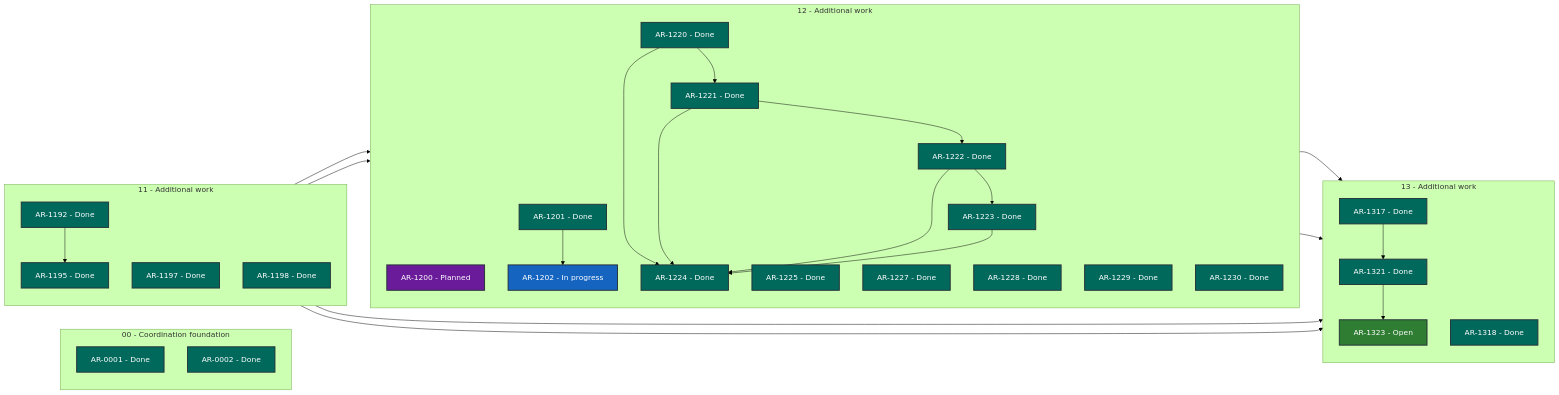
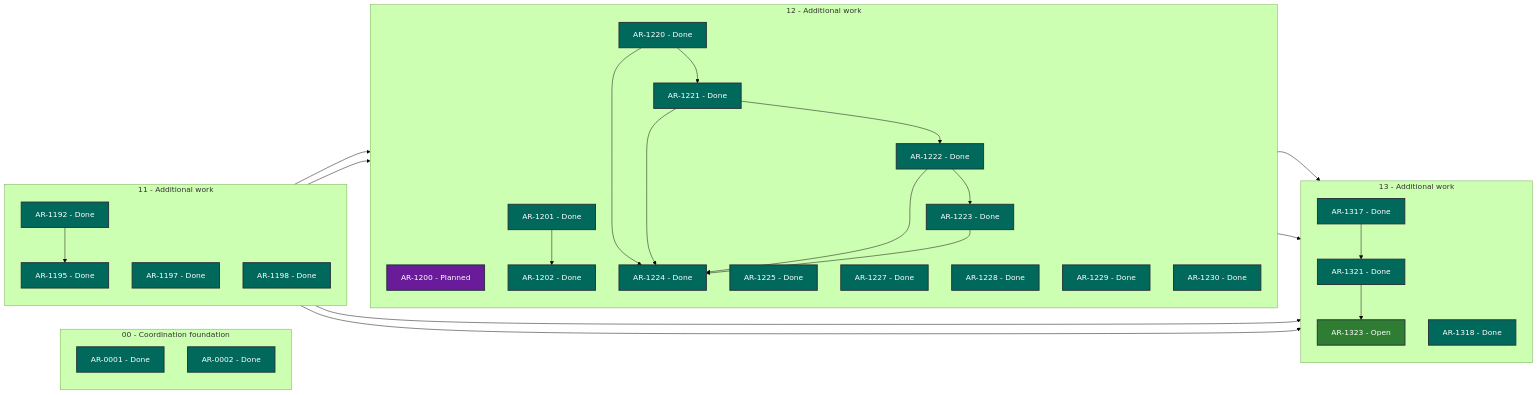
The diagram in STATUS.md (martin-beck/asb-tui-state), drawn with Mermaid (forest theme) before and after one commit. The commit also changed other lines of this file and 2 other files, not shown here.

````diff
--- a/STATUS.md
+++ b/STATUS.md
@@ -27,63 +27,63 @@
 ```mermaid
 flowchart LR
     subgraph series_00["00 - Coordination foundation"]
         direction TB
         AR_0001["AR-0001 - Done"]:::status_done
         AR_0002["AR-0002 - Done"]:::status_done
     end
     subgraph series_11["11 - Additional work"]
         direction TB
         AR_1192["AR-1192 - Done"]:::status_done
         AR_1195["AR-1195 - Done"]:::status_done
         AR_1197["AR-1197 - Done"]:::status_done
         AR_1198["AR-1198 - Done"]:::status_done
     end
     subgraph series_12["12 - Additional work"]
         direction TB
         AR_1200["AR-1200 - Planned"]:::status_planned
         AR_1201["AR-1201 - Done"]:::status_done
-        AR_1202["AR-1202 - In progress"]:::status_in_progress
+        AR_1202["AR-1202 - Done"]:::status_done
         AR_1220["AR-1220 - Done"]:::status_done
         AR_1221["AR-1221 - Done"]:::status_done
         AR_1222["AR-1222 - Done"]:::status_done
         AR_1223["AR-1223 - Done"]:::status_done
         AR_1224["AR-1224 - Done"]:::status_done
         AR_1225["AR-1225 - Done"]:::status_done
         AR_1227["AR-1227 - Done"]:::status_done
         AR_1228["AR-1228 - Done"]:::status_done
         AR_1229["AR-1229 - Done"]:::status_done
         AR_1230["AR-1230 - Done"]:::status_done
     end
     subgraph series_13["13 - Additional work"]
         direction TB
         AR_1317["AR-1317 - Done"]:::status_done
         AR_1318["AR-1318 - Done"]:::status_done
         AR_1321["AR-1321 - Done"]:::status_done
         AR_1323["AR-1323 - Open"]:::status_open
     end
     AR_1192 --> AR_1195
     AR_1192 --> AR_1317
     AR_1195 --> AR_1200
     AR_1197 --> AR_1201
     AR_1197 --> AR_1317
     AR_1201 --> AR_1202
     AR_1220 --> AR_1221
     AR_1220 --> AR_1224
     AR_1221 --> AR_1222
     AR_1221 --> AR_1224
     AR_1222 --> AR_1223
     AR_1222 --> AR_1224
     AR_1223 --> AR_1224
     AR_1228 --> AR_1317
     AR_1229 --> AR_1317
     AR_1317 --> AR_1321
     AR_1321 --> AR_1323
     classDef status_in_progress fill:#1565c0,color:#ffffff,stroke:#263238,stroke-width:2px
     classDef status_open fill:#2e7d32,color:#ffffff,stroke:#263238,stroke-width:2px
     classDef status_blocked fill:#c62828,color:#ffffff,stroke:#263238,stroke-width:2px
     classDef status_planned fill:#6a1b9a,color:#ffffff,stroke:#263238,stroke-width:2px
     classDef status_future fill:#455a64,color:#ffffff,stroke:#263238,stroke-width:2px
     classDef status_done fill:#00695c,color:#ffffff,stroke:#263238,stroke-width:2px
     classDef status_cancelled fill:#616161,color:#ffffff,stroke:#263238,stroke-width:2px
     classDef status_superseded fill:#5d4037,color:#ffffff,stroke:#263238,stroke-width:2px
 ```
````
